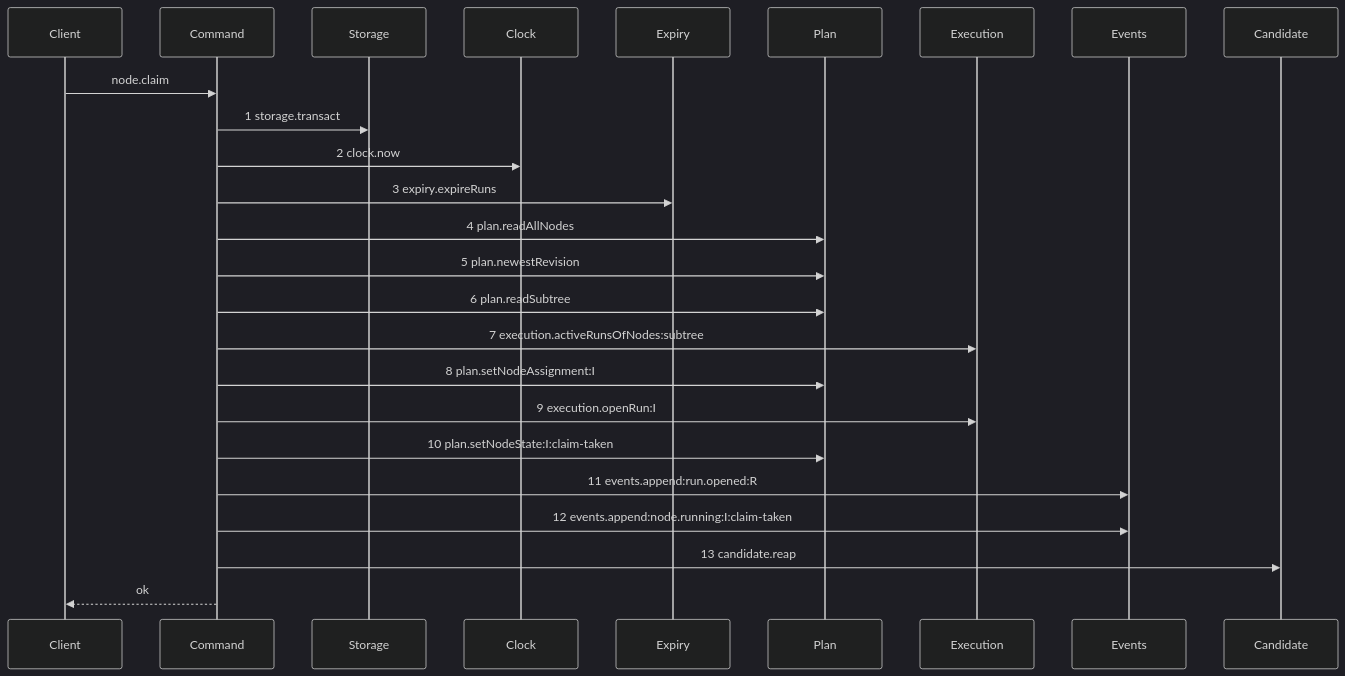
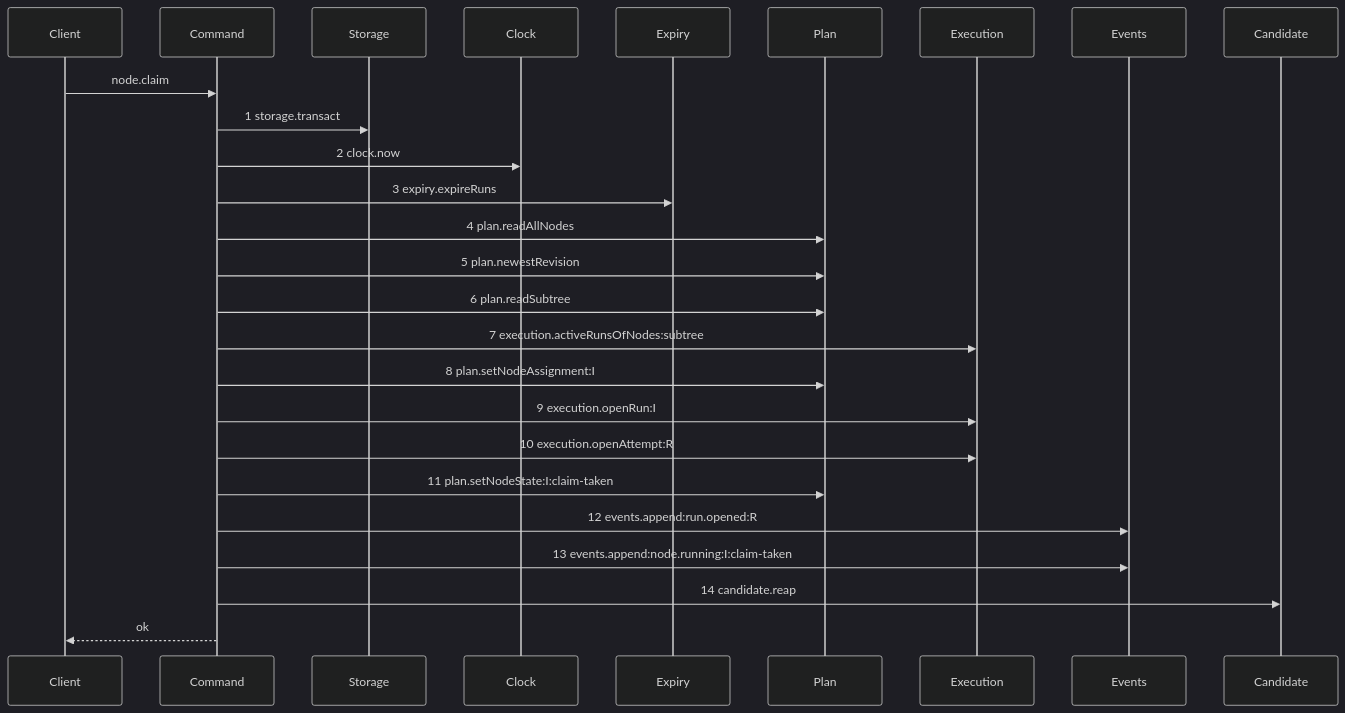
One commit to kanthorlabs/kanthord-engine changed the diagram in .agents/plan/stories/051.5-the-targeted-post-expiry-candidate-cleanup/08-the-initiative-claim-reaps.md. Above: the diagram before and after it, drawn with Mermaid (dark theme). The commit also changed other lines of this file and 30 other files, not shown here.

````diff
--- a/.agents/plan/stories/051.5-the-targeted-post-expiry-candidate-cleanup/08-the-initiative-claim-reaps.md
+++ b/.agents/plan/stories/051.5-the-targeted-post-expiry-candidate-cleanup/08-the-initiative-claim-reaps.md
@@ -30,27 +30,28 @@
 ```mermaid
 sequenceDiagram
     participant Client
     participant Command
     participant Storage
     participant Clock
     participant Expiry
     participant Plan
     participant Execution
     participant Events
     participant Candidate
     Client->>Command: node.claim
     Command->>Storage: 1 storage.transact
     Command->>Clock: 2 clock.now
     Command->>Expiry: 3 expiry.expireRuns
     Command->>Plan: 4 plan.readAllNodes
     Command->>Plan: 5 plan.newestRevision
     Command->>Plan: 6 plan.readSubtree
     Command->>Execution: 7 execution.activeRunsOfNodes:subtree
     Command->>Plan: 8 plan.setNodeAssignment:I
     Command->>Execution: 9 execution.openRun:I
-    Command->>Plan: 10 plan.setNodeState:I:claim-taken
-    Command->>Events: 11 events.append:run.opened:R
-    Command->>Events: 12 events.append:node.running:I:claim-taken
-    Command->>Candidate: 13 candidate.reap
+    Command->>Execution: 10 execution.openAttempt:R
+    Command->>Plan: 11 plan.setNodeState:I:claim-taken
+    Command->>Events: 12 events.append:run.opened:R
+    Command->>Events: 13 events.append:node.running:I:claim-taken
+    Command->>Candidate: 14 candidate.reap
     Command-->>Client: ok
 ```
````
